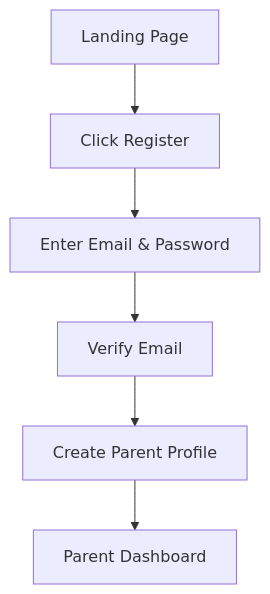
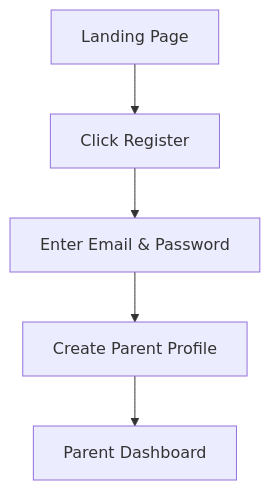
Before and after one commit to jermbo/ChoreChart: the first of 13 diagrams in docs/UserFlow.md, drawn with Mermaid. The commit also changed other lines of this file and 6 other files, not shown here.

````diff
--- a/docs/UserFlow.md
+++ b/docs/UserFlow.md
@@ -7,8 +7,7 @@
 ```mermaid
 graph TD
     A[Landing Page] --> B[Click Register]
     B --> C[Enter Email & Password]
-    C --> D[Verify Email]
-    D --> E[Create Parent Profile]
-    E --> F[Parent Dashboard]
+    C --> D[Create Parent Profile]
+    D --> E[Parent Dashboard]
 ```
````
